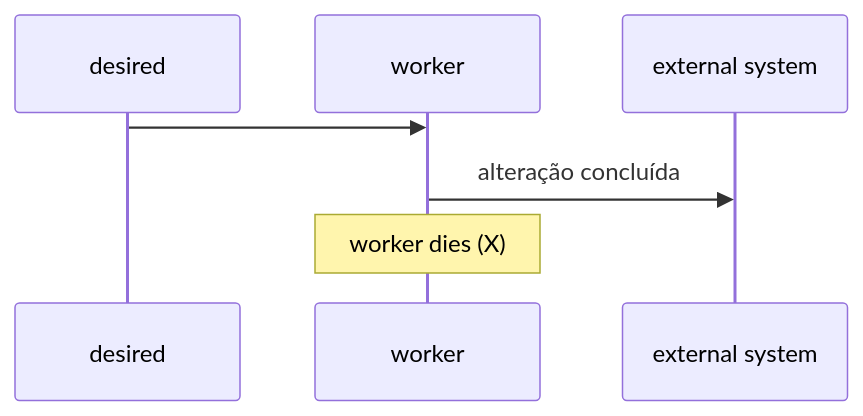
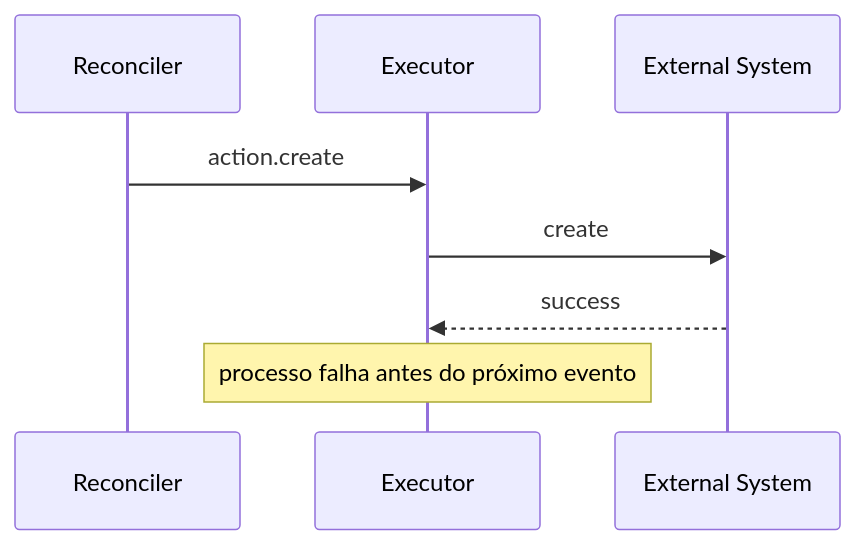
One commit to danielsabatini/smarkee changed the fourth of 4 diagrams in docs/MESSAGING.md. Above: the diagram before and after it, drawn with Mermaid. The commit also changed other lines of this file, not shown here.

````diff
--- a/docs/MESSAGING.md
+++ b/docs/MESSAGING.md
@@ -632,10 +1042,10 @@
 ```mermaid
 sequenceDiagram
-    participant D as desired
-    participant W as worker
-    participant E as external system
-    
-    D->>W: 
-    W->>E: alteração concluída
-    Note over W: worker dies (X)
+    participant R as Reconciler
+    participant E as Executor
+    participant X as External System
+    R->>E: action.create
+    E->>X: create
+    X-->>E: success
+    Note over E: processo falha antes do próximo evento
 ```
````
